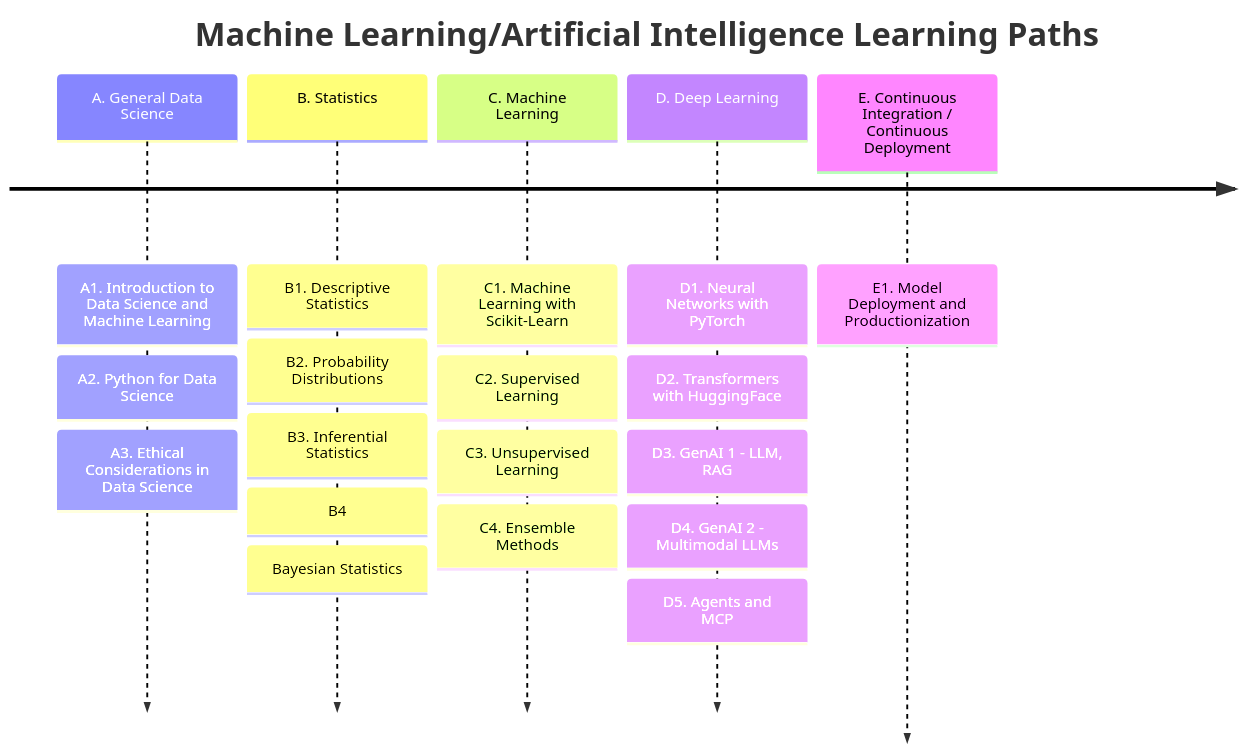
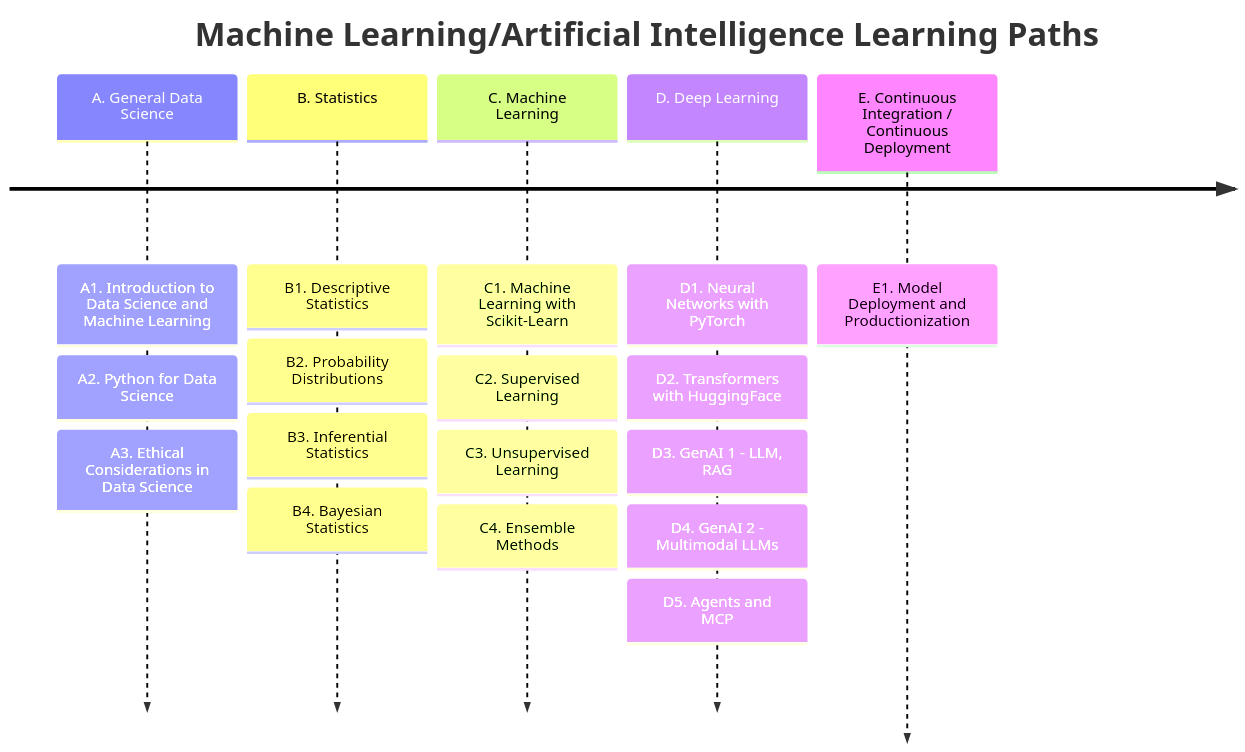
Before and after one commit to ua-datalab/ua-datalab.github.io: the diagram in docs/mlpaths_grids.md, drawn with Mermaid.

````diff
--- a/docs/mlpaths_grids.md
+++ b/docs/mlpaths_grids.md
@@ -8,22 +8,22 @@
 ```mermaid
 timeline
     title Machine Learning/Artificial Intelligence Learning Paths
     A. General Data Science : A1. Introduction to Data Science and Machine Learning
     	    	 	     : A2. Python for Data Science
 			     : A3. Ethical Considerations in Data Science
     B. Statistics : B1. Descriptive Statistics
                   : B2. Probability Distributions
 		  : B3. Inferential Statistics
-		  : B4: Bayesian Statistics
+		  : B4. Bayesian Statistics
     C. Machine Learning : C1. Machine Learning with Scikit-Learn
        	       		: C2. Supervised Learning
 	        	 : C3. Unsupervised Learning
 			 : C4. Ensemble Methods
     D. Deep Learning : D1. Neural Networks with PyTorch
 		    : D2. Transformers with HuggingFace
 		    : D3. GenAI 1 - LLM, RAG
 		    : D4. GenAI 2 - Multimodal LLMs
 		    : D5. Agents and MCP
     E. Continuous Integration / Continuous Deployment  : E1. Model Deployment and Productionization
 
 ```
````
